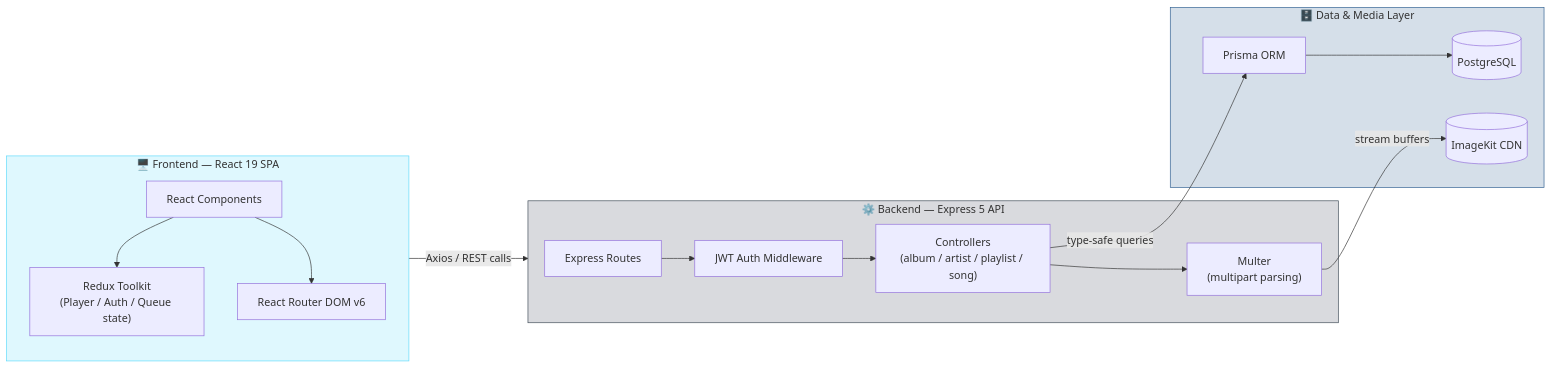
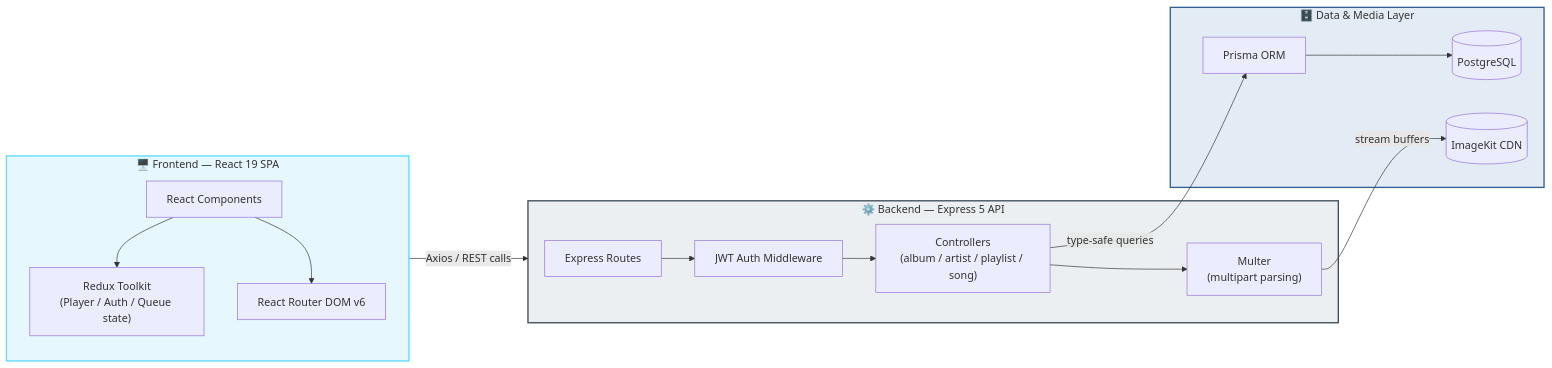
One commit to TheShivaji/EchoBeat changed the first of 3 diagrams in README.md. Above: the diagram before and after it, drawn with Mermaid. The commit also changed other lines of this file, not shown here.

````diff
--- a/README.md
+++ b/README.md
@@ -49,34 +49,34 @@
 ```mermaid
 flowchart LR
     subgraph Client["🖥️ Frontend — React 19 SPA"]
         UI["React Components"]
-        RTK["Redux Toolkit\n(Player / Auth / Queue state)"]
+        RTK["Redux Toolkit<br/>(Player / Auth / Queue state)"]
         Router["React Router DOM v6"]
         UI --> RTK
         UI --> Router
     end
 
     subgraph Server["⚙️ Backend — Express 5 API"]
         Routes["Express Routes"]
         MW["JWT Auth Middleware"]
-        Ctrl["Controllers\n(album / artist / playlist / song)"]
-        Multer["Multer\n(multipart parsing)"]
+        Ctrl["Controllers<br/>(album / artist / playlist / song)"]
+        Multer["Multer<br/>(multipart parsing)"]
         Routes --> MW --> Ctrl
         Ctrl --> Multer
     end
 
     subgraph Data["🗄️ Data & Media Layer"]
         Prisma["Prisma ORM"]
         PG[("PostgreSQL")]
         IK[("ImageKit CDN")]
         Prisma --> PG
     end
 
     Client -- "Axios / REST calls" --> Server
     Ctrl -- "type-safe queries" --> Prisma
     Multer -- "stream buffers" --> IK
 
-    style Client fill:#61DAFB33,stroke:#61DAFB
-    style Server fill:#40495933,stroke:#404D59
-    style Data fill:#31619233,stroke:#316192
+    style Client fill:#e6f7fd,stroke:#61DAFB,stroke-width:2px
+    style Server fill:#eceff1,stroke:#404D59,stroke-width:2px
+    style Data fill:#e3ecf5,stroke:#316192,stroke-width:2px
 ```
````
